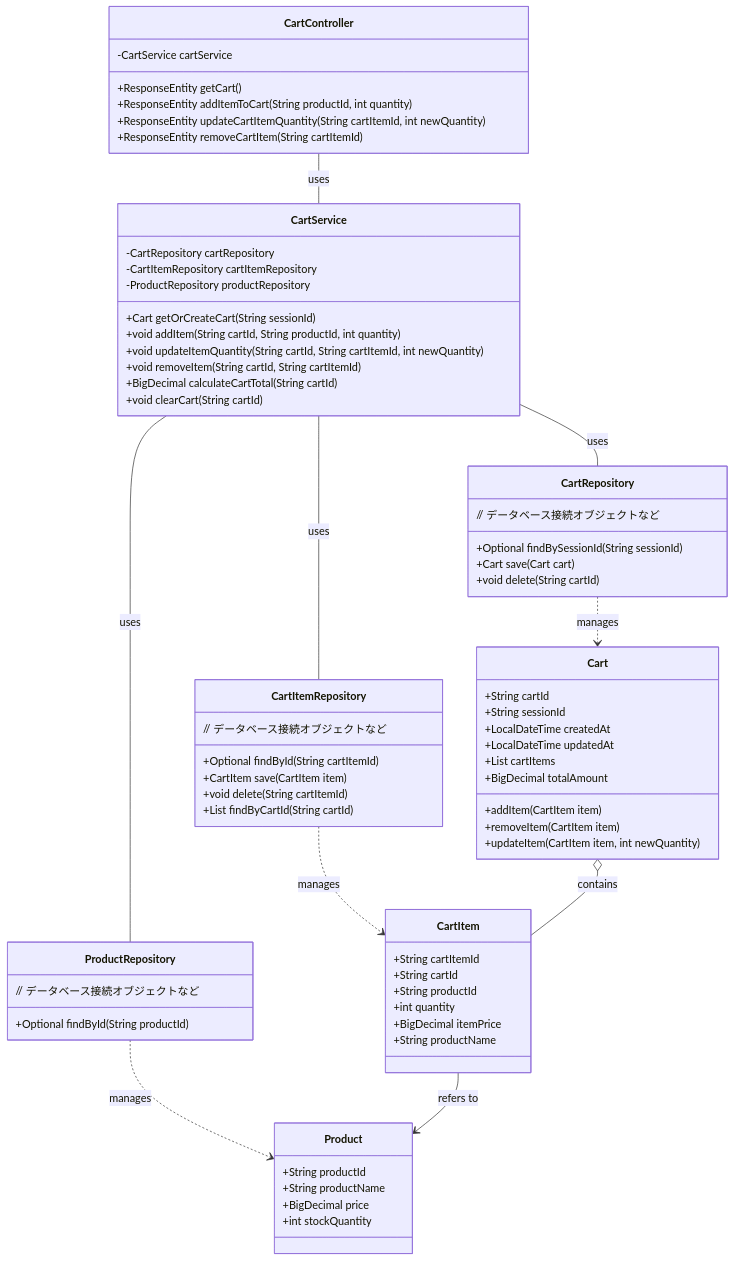
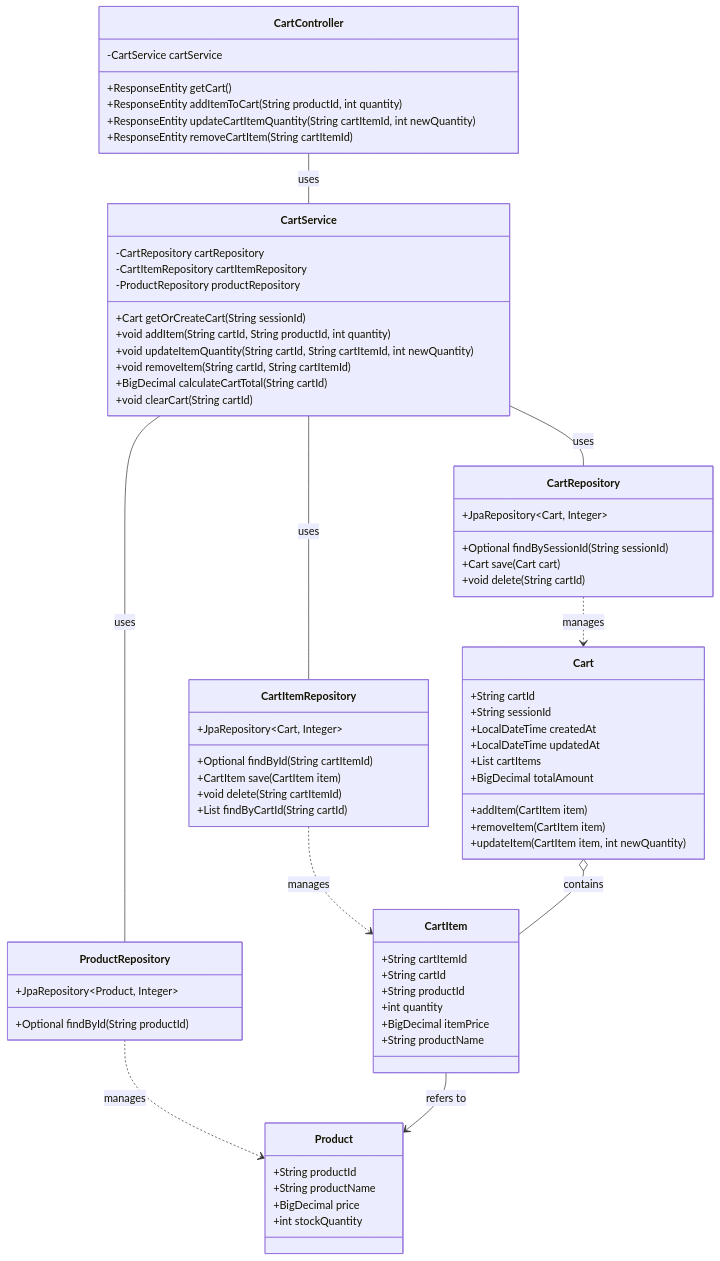
The third of 4 diagrams in 基本設計/はじめに.md (ainaga09/ACE), drawn with Mermaid before and after one commit. The commit also changed other lines of this file, not shown here.

```diff
--- a/基本設計/はじめに.md
+++ b/基本設計/はじめに.md
@@ -171,75 +171,75 @@
 <div class="mermaid">
 classDiagram
     CartController -- CartService : uses
     CartService -- CartRepository : uses
     CartService -- CartItemRepository : uses
     CartService -- ProductRepository : uses
 
     CartRepository ..> Cart : manages
     CartItemRepository ..> CartItem : manages
     ProductRepository ..> Product : manages
 
     Cart o-- CartItem : contains
     CartItem --> Product : refers to
 
     class CartController {
         -CartService cartService
         +ResponseEntity<CartDTO> getCart()
         +ResponseEntity<CartDTO> addItemToCart(String productId, int quantity)
         +ResponseEntity<CartDTO> updateCartItemQuantity(String cartItemId, int newQuantity)
         +ResponseEntity<CartDTO> removeCartItem(String cartItemId)
     }
     class CartService {
         -CartRepository cartRepository
         -CartItemRepository cartItemRepository
         -ProductRepository productRepository
         +Cart getOrCreateCart(String sessionId)
         +void addItem(String cartId, String productId, int quantity)
         +void updateItemQuantity(String cartId, String cartItemId, int newQuantity)
         +void removeItem(String cartId, String cartItemId)
         +BigDecimal calculateCartTotal(String cartId)
         +void clearCart(String cartId)
     }
     class CartRepository {
-        // データベース接続オブジェクトなど
+        +JpaRepository~Cart, Integer~
         +Optional<Cart> findBySessionId(String sessionId)
         +Cart save(Cart cart)
         +void delete(String cartId)
     }
     class CartItemRepository {
-        // データベース接続オブジェクトなど
+        +JpaRepository~Cart, Integer~
         +Optional<CartItem> findById(String cartItemId)
         +CartItem save(CartItem item)
         +void delete(String cartItemId)
         +List<CartItem> findByCartId(String cartId)
     }
     class ProductRepository {
-        // データベース接続オブジェクトなど
+        +JpaRepository~Product, Integer~
         +Optional<Product> findById(String productId)
     }
     class Cart {
         +String cartId
         +String sessionId
         +LocalDateTime createdAt
         +LocalDateTime updatedAt
         +List<CartItem> cartItems
         +BigDecimal totalAmount
         +addItem(CartItem item)
         +removeItem(CartItem item)
         +updateItem(CartItem item, int newQuantity)
     }
     class CartItem {
         +String cartItemId
         +String cartId
         +String productId
         +int quantity
         +BigDecimal itemPrice
         +String productName
     }
     class Product {
         +String productId
         +String productName
         +BigDecimal price
         +int stockQuantity
     }
 </div>
```
